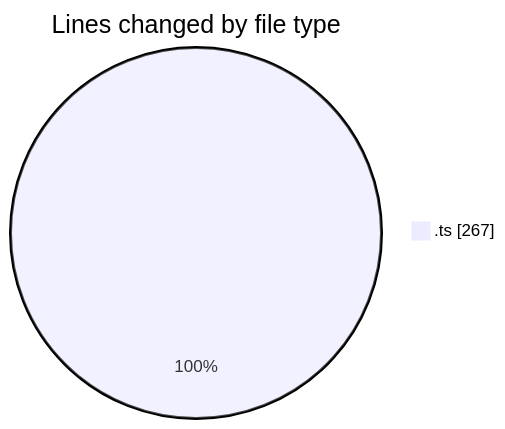
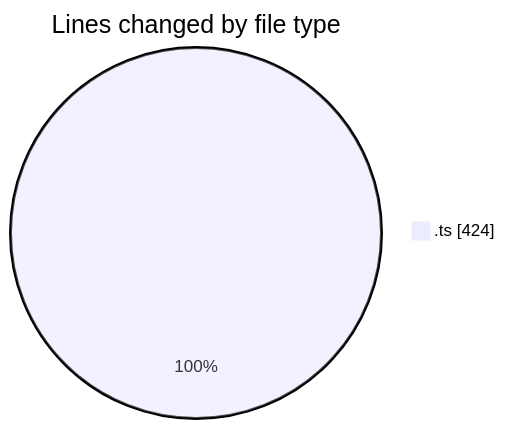
Before and after one commit to momahboobian/code-tracking: the first of 2 diagrams in 2025-08-11/cda/README.md, drawn with Mermaid. The commit also changed other lines of this file and 1 other file, not shown here.

````diff
--- a/2025-08-11/cda/README.md
+++ b/2025-08-11/cda/README.md
@@ -21,5 +21,5 @@
 ```mermaid
 pie showData
 title Lines changed by file type
-".ts" : 267
+".ts" : 424
 ```
````
